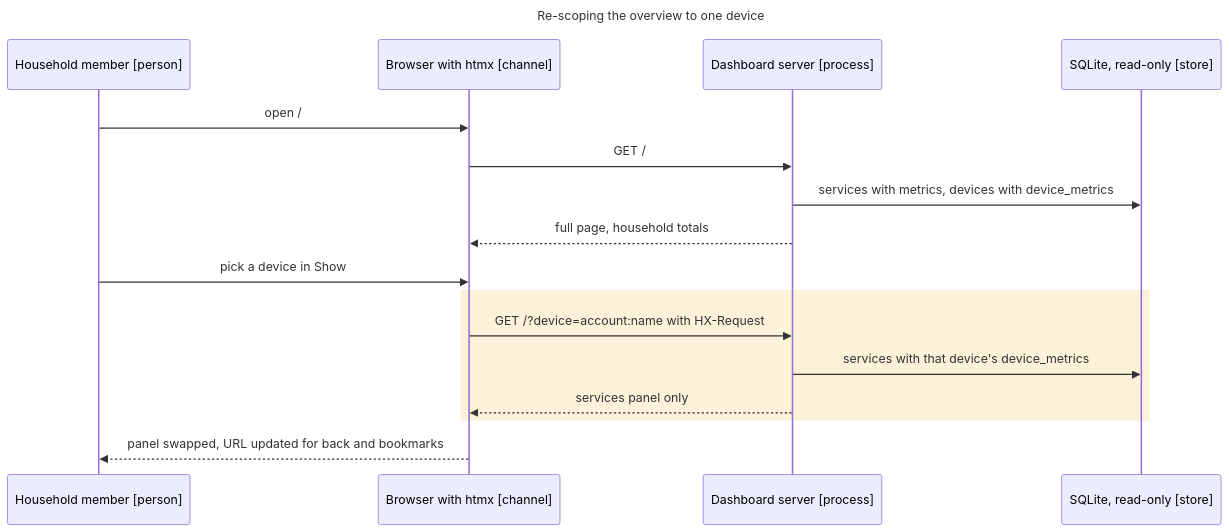
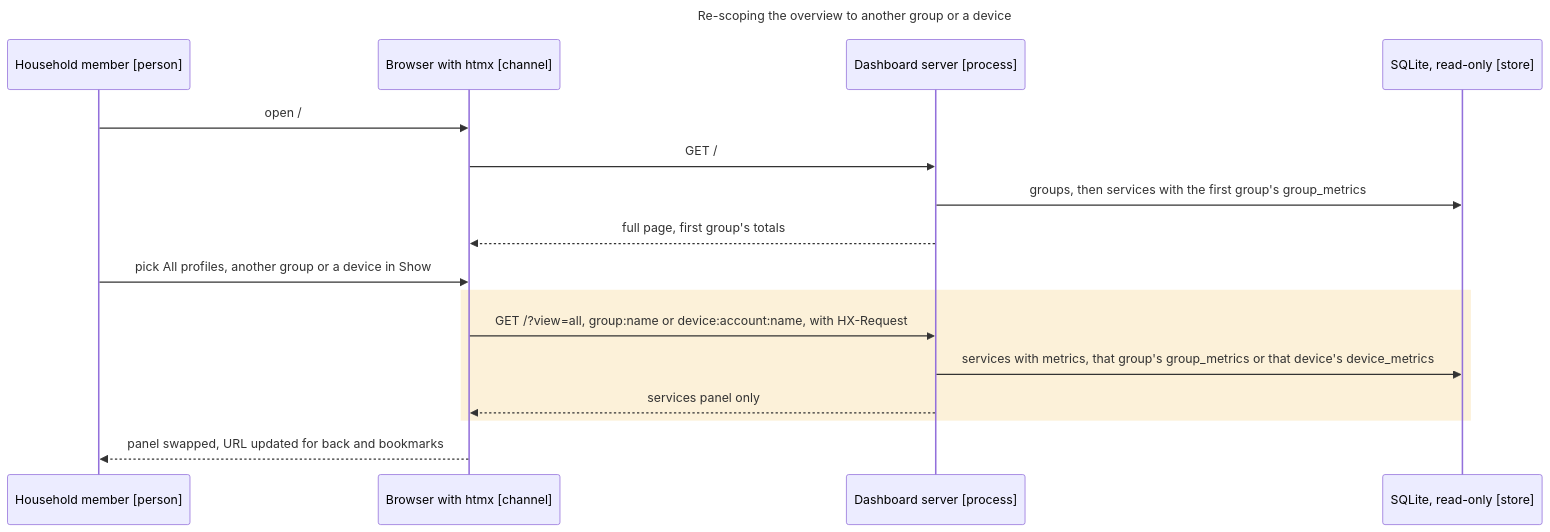
Before and after one commit to shaptonstahl/sverdrup: the fifth of 5 diagrams in ARCHITECTURE.md, drawn with Mermaid. The commit also changed other lines of this file and 23 other files, not shown here.

First line of the commit message:
feat: collect every NextDNS profile and aggregate profiles into groups (#7)

````diff
--- a/ARCHITECTURE.md
+++ b/ARCHITECTURE.md
@@ -316,21 +368,21 @@
 ```mermaid
 ---
-title: Re-scoping the overview to one device
+title: Re-scoping the overview to another group or a device
 ---
 sequenceDiagram
     participant P as Household member [person]
     participant B as Browser with htmx [channel]
     participant S as Dashboard server [process]
     participant D as SQLite, read-only [store]
     P->>B: open /
     B->>S: GET /
-    S->>D: services with metrics, devices with device_metrics
-    S-->>B: full page, household totals
-    P->>B: pick a device in Show
+    S->>D: groups, then services with the first group's group_metrics
+    S-->>B: full page, first group's totals
+    P->>B: pick All profiles, another group or a device in Show
     rect rgb(252,241,217)
-    B->>S: GET /?device=account:name with HX-Request
-    S->>D: services with that device's device_metrics
+    B->>S: GET /?view=all, group:name or device:account:name, with HX-Request
+    S->>D: services with metrics, that group's group_metrics or that device's device_metrics
     S-->>B: services panel only
     end
     B-->>P: panel swapped, URL updated for back and bookmarks
 ```
````
